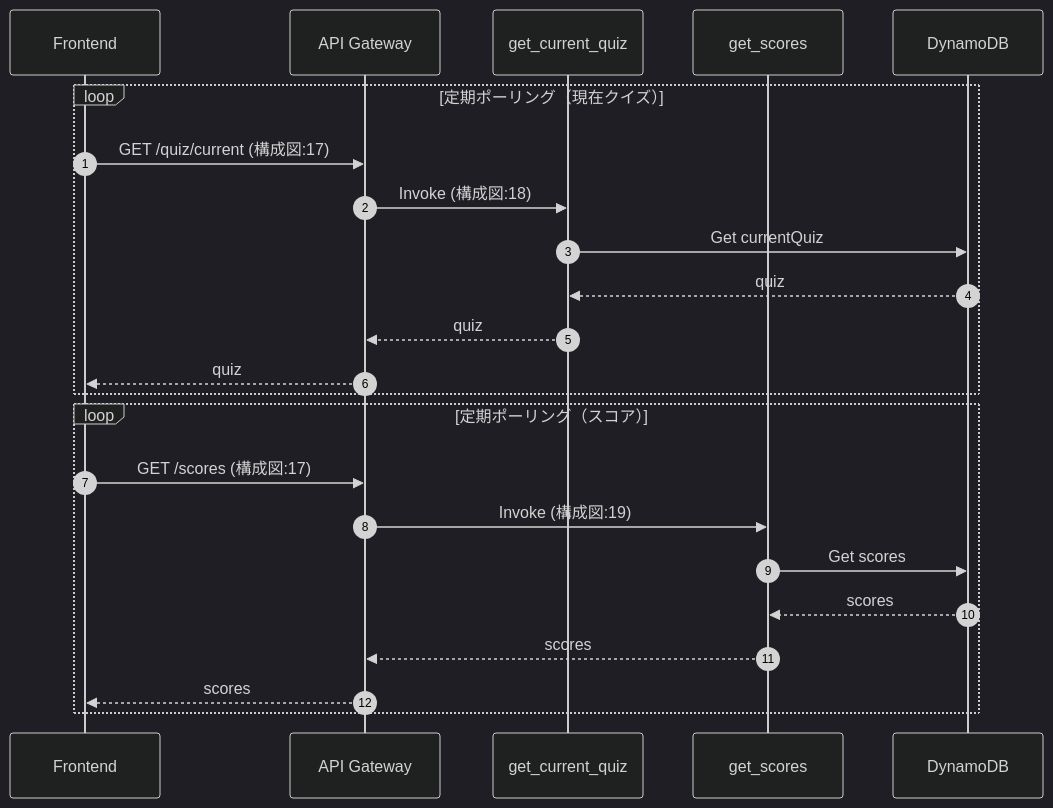
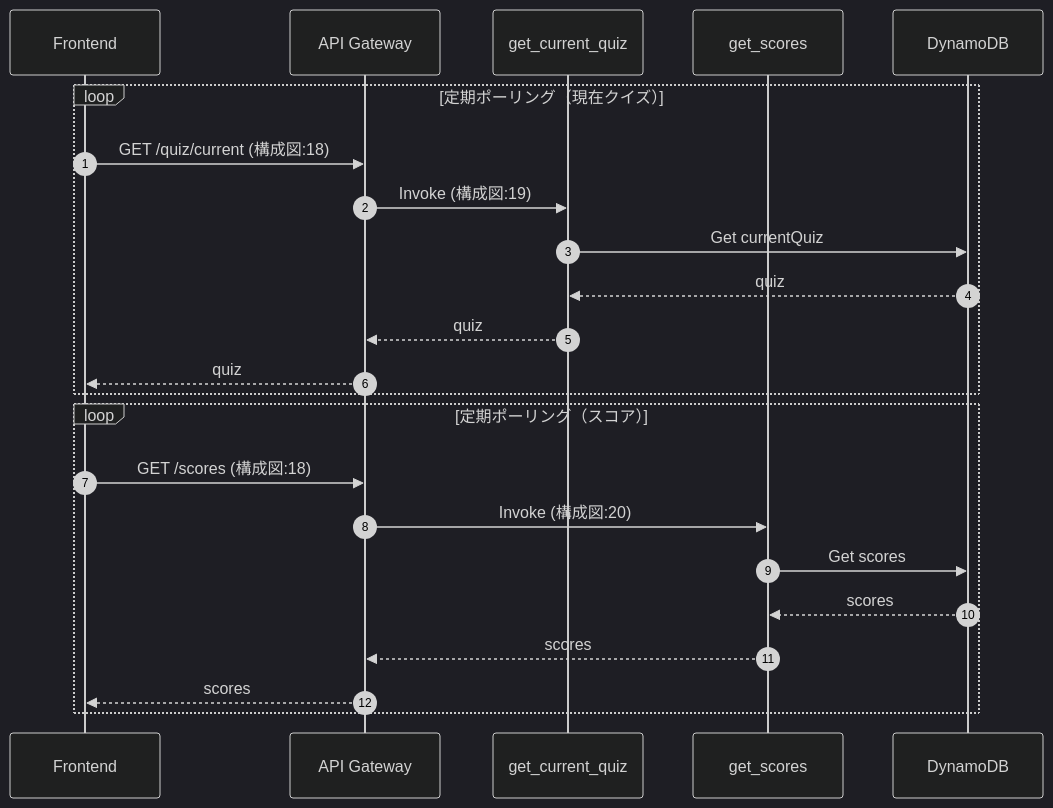
Before and after one commit to hatanoyoshihiko/aws_knowledge_quiz: the sixth of 6 diagrams in README.md, drawn with Mermaid (dark theme). The commit also changed other lines of this file, not shown here.

Commit message:
start_quiz_generationの追加が反映されていなかったため修正

````diff
--- a/README.md
+++ b/README.md
@@ -436,27 +442,27 @@
 ```mermaid
 sequenceDiagram
   autonumber
   participant FE as Frontend
   participant GW as API Gateway
   participant GC as get_current_quiz
   participant GS as get_scores
   participant DB as DynamoDB
 
   loop 定期ポーリング（現在クイズ）
-    FE->>GW: GET /quiz/current (構成図:17)
-    GW->>GC: Invoke (構成図:18)
+    FE->>GW: GET /quiz/current (構成図:18)
+    GW->>GC: Invoke (構成図:19)
     GC->>DB: Get currentQuiz
     DB-->>GC: quiz
     GC-->>GW: quiz
     GW-->>FE: quiz
   end
 
   loop 定期ポーリング（スコア）
-    FE->>GW: GET /scores (構成図:17)
-    GW->>GS: Invoke (構成図:19)
+    FE->>GW: GET /scores (構成図:18)
+    GW->>GS: Invoke (構成図:20)
     GS->>DB: Get scores
     DB-->>GS: scores
     GS-->>GW: scores
     GW-->>FE: scores
   end
 ```
````
